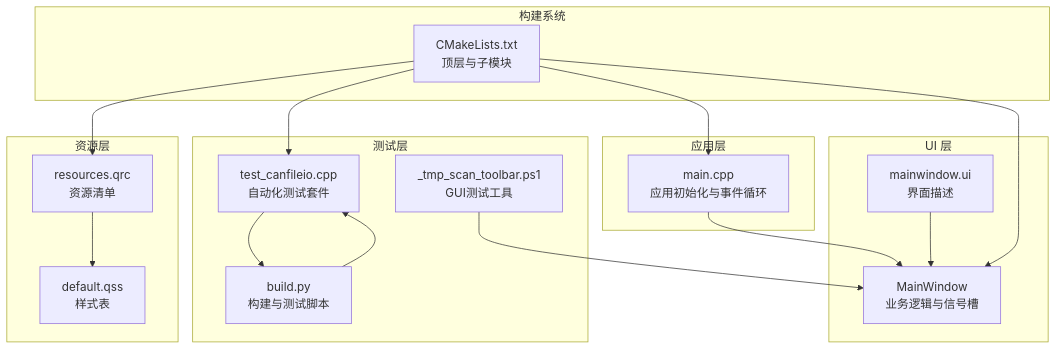
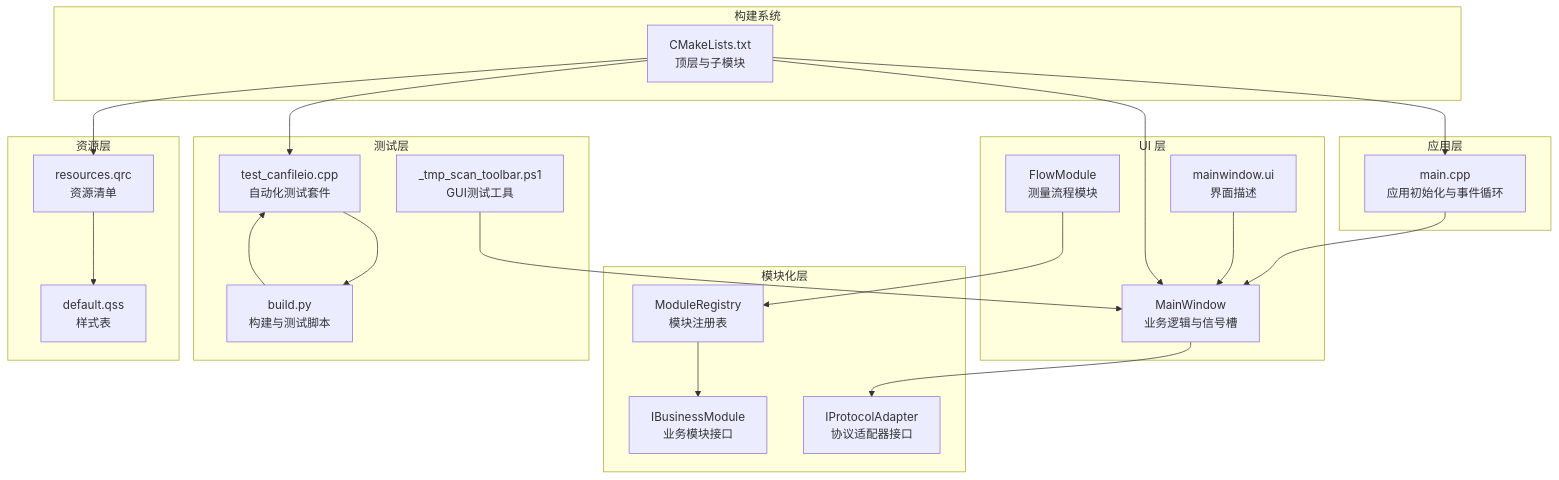
Before and after one commit to jakecai1225-design/OpenBus: the second of 4 diagrams in .qoder/repowiki/zh/content/开发指南/开发指南.md, drawn with Mermaid. The commit also changed other lines of this file and 899 other files, not shown here.

````diff
--- a/.qoder/repowiki/zh/content/开发指南/开发指南.md
+++ b/.qoder/repowiki/zh/content/开发指南/开发指南.md
@@ -116,32 +132,41 @@
 ```mermaid
 graph TB
 subgraph "应用层"
 M["main.cpp<br/>应用初始化与事件循环"]
 end
 subgraph "UI 层"
 MW["MainWindow<br/>业务逻辑与信号槽"]
 UIC["mainwindow.ui<br/>界面描述"]
+FM["FlowModule<br/>测量流程模块"]
+end
+subgraph "模块化层"
+MR["ModuleRegistry<br/>模块注册表"]
+IM["IBusinessModule<br/>业务模块接口"]
+PA["IProtocolAdapter<br/>协议适配器接口"]
 end
 subgraph "测试层"
 TESTS["test_canfileio.cpp<br/>自动化测试套件"]
 BUILD["build.py<br/>构建与测试脚本"]
 GUI_TEST["_tmp_scan_toolbar.ps1<br/>GUI测试工具"]
 end
 subgraph "资源层"
 QRC["resources.qrc<br/>资源清单"]
 QSS["default.qss<br/>样式表"]
 end
 subgraph "构建系统"
 CMAKE["CMakeLists.txt<br/>顶层与子模块"]
 end
 M --> MW
 UIC --> MW
+FM --> MR
+MR --> IM
+MW --> PA
 QRC --> QSS
 TESTS --> BUILD
 GUI_TEST --> MW
 BUILD --> TESTS
 CMAKE --> M
 CMAKE --> MW
 CMAKE --> QRC
 CMAKE --> TESTS
 ```
````
